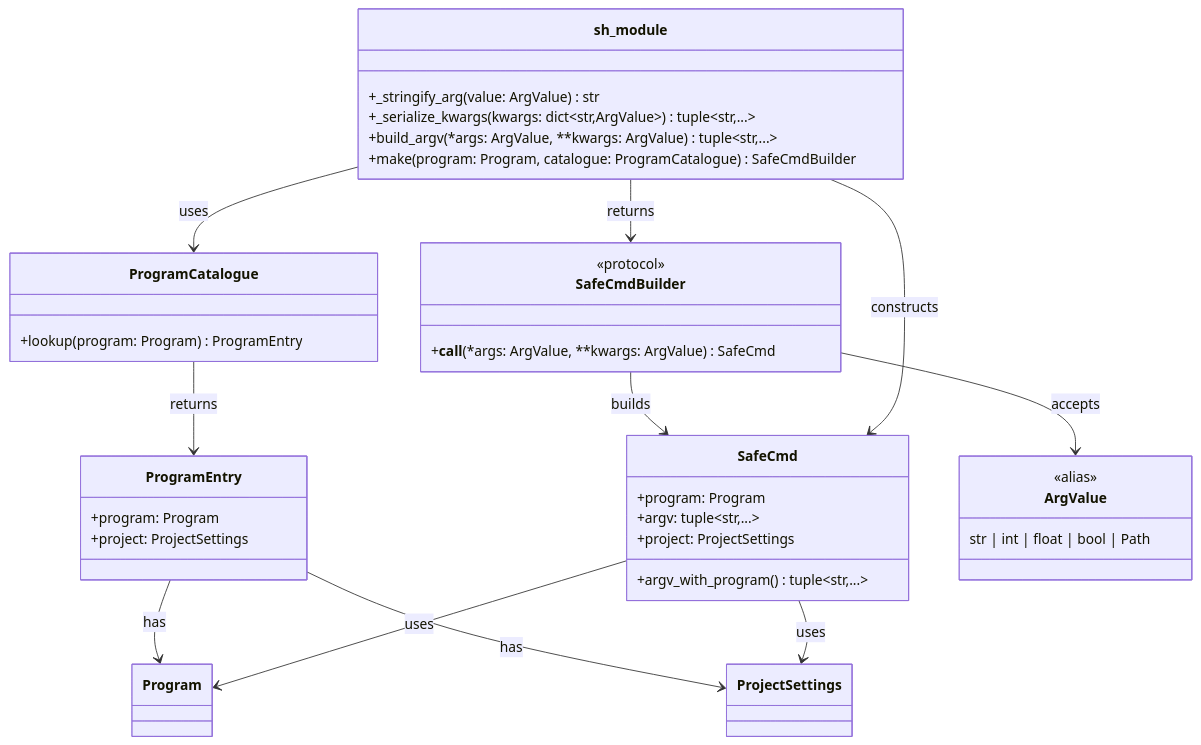
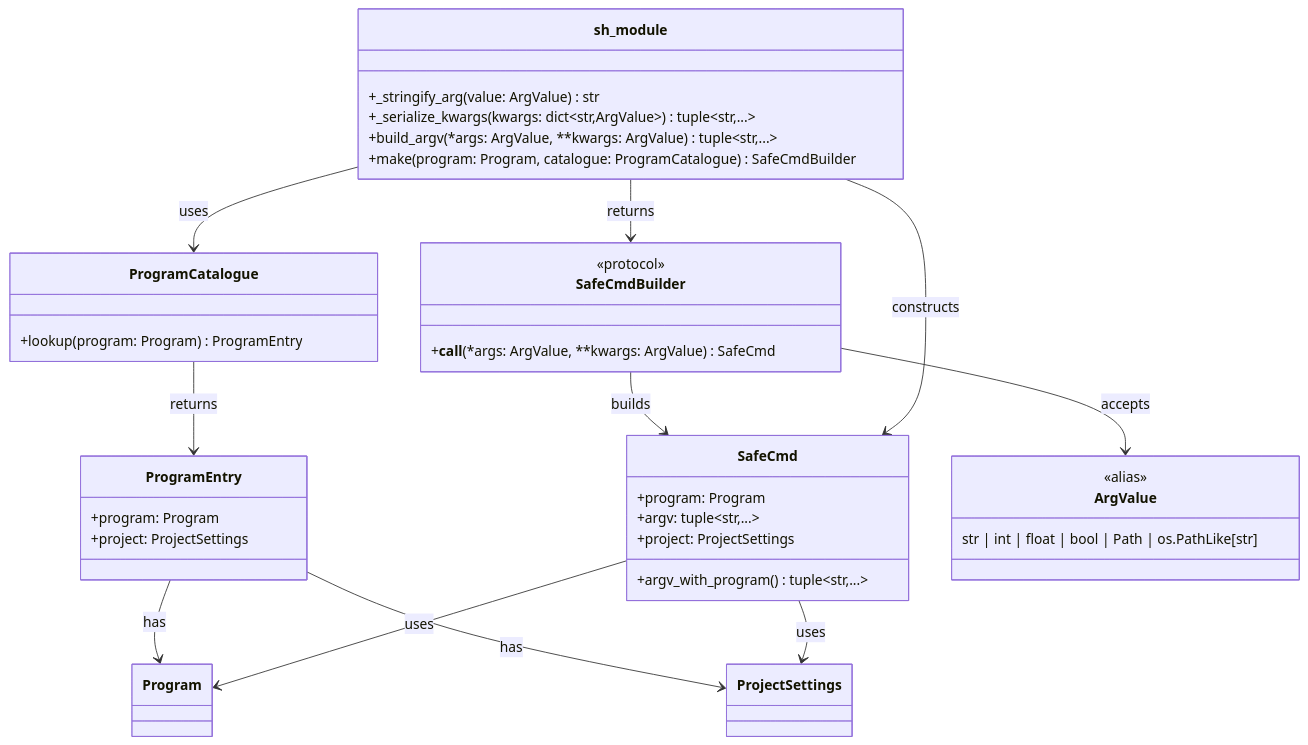
The second of 19 diagrams in docs/cuprum-design.md (leynos/cuprum), drawn with Mermaid before and after one commit. The commit also changed other lines of this file and 8 other files, not shown here.

````diff
--- a/docs/cuprum-design.md
+++ b/docs/cuprum-design.md
@@ -619,55 +625,55 @@
 ```mermaid
 classDiagram
     class Program {
     }
 
     class ProjectSettings {
     }
 
     class ProgramCatalogue {
         +lookup(program: Program) ProgramEntry
     }
 
     class ProgramEntry {
         +program: Program
         +project: ProjectSettings
     }
 
     class SafeCmd {
         +program: Program
         +argv: tuple~str,...~
         +project: ProjectSettings
         +argv_with_program() tuple~str,...~
     }
 
     class SafeCmdBuilder {
         <<protocol>>
         +__call__(*args: ArgValue, **kwargs: ArgValue) SafeCmd
     }
 
     class ArgValue {
         <<alias>>
-        str | int | float | bool | Path
+        str | int | float | bool | Path | os.PathLike[str]
     }
 
     class sh_module {
         +_stringify_arg(value: ArgValue) str
         +_serialize_kwargs(kwargs: dict~str,ArgValue~) tuple~str,...~
         +build_argv(*args: ArgValue, **kwargs: ArgValue) tuple~str,...~
         +make(program: Program, catalogue: ProgramCatalogue) SafeCmdBuilder
     }
 
     ProgramCatalogue --> ProgramEntry : returns
     ProgramEntry --> Program : has
     ProgramEntry --> ProjectSettings : has
 
     SafeCmd --> Program : uses
     SafeCmd --> ProjectSettings : uses
 
     SafeCmdBuilder --> SafeCmd : builds
     SafeCmdBuilder --> ArgValue : accepts
 
     sh_module --> ProgramCatalogue : uses
     sh_module --> SafeCmdBuilder : returns
     sh_module --> SafeCmd : constructs
 ```
````
